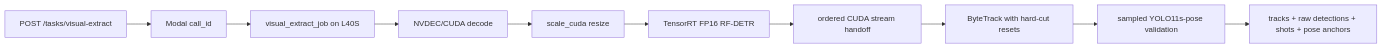
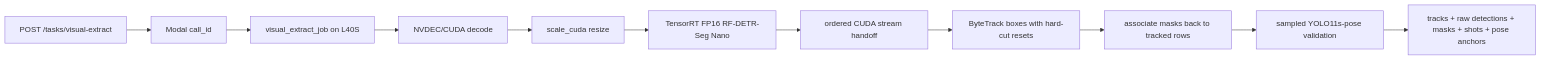
Before and after one commit to ClyptAI/Clypt-Backend: the second of 3 diagrams in docs/runtime/RUNTIME_GUIDE.md, drawn with Mermaid. The commit also changed other lines of this file and 29 other files, not shown here.

First line of the commit message:
Use RF-DETR-Seg Nano for Modal visual masks

````diff
--- a/docs/runtime/RUNTIME_GUIDE.md
+++ b/docs/runtime/RUNTIME_GUIDE.md
@@ -136,15 +137,16 @@
 ```mermaid
 flowchart LR
   req["POST /tasks/visual-extract"]
   callId["Modal call_id"]
   job["visual_extract_job on L40S"]
   decode["NVDEC/CUDA decode"]
   resize["scale_cuda resize"]
-  trt["TensorRT FP16 RF-DETR"]
+  trt["TensorRT FP16 RF-DETR-Seg Nano"]
   stream["ordered CUDA stream handoff"]
-  tracker["ByteTrack with hard-cut resets"]
+  tracker["ByteTrack boxes with hard-cut resets"]
+  maskAssoc["associate masks back to tracked rows"]
   pose["sampled YOLO11s-pose validation"]
-  payload["tracks + raw detections + shots + pose anchors"]
+  payload["tracks + raw detections + masks + shots + pose anchors"]
 
-  req --> callId --> job --> decode --> resize --> trt --> stream --> tracker --> pose --> payload
+  req --> callId --> job --> decode --> resize --> trt --> stream --> tracker --> maskAssoc --> pose --> payload
 ```
````
